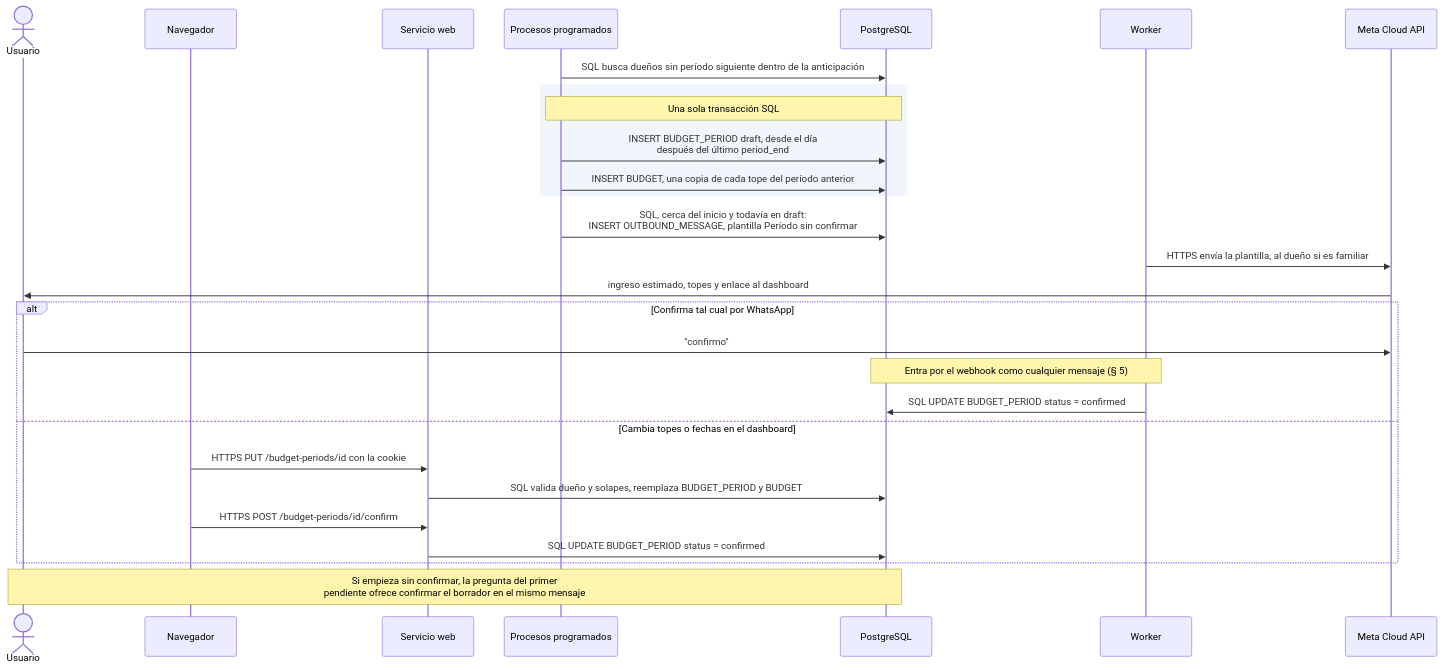
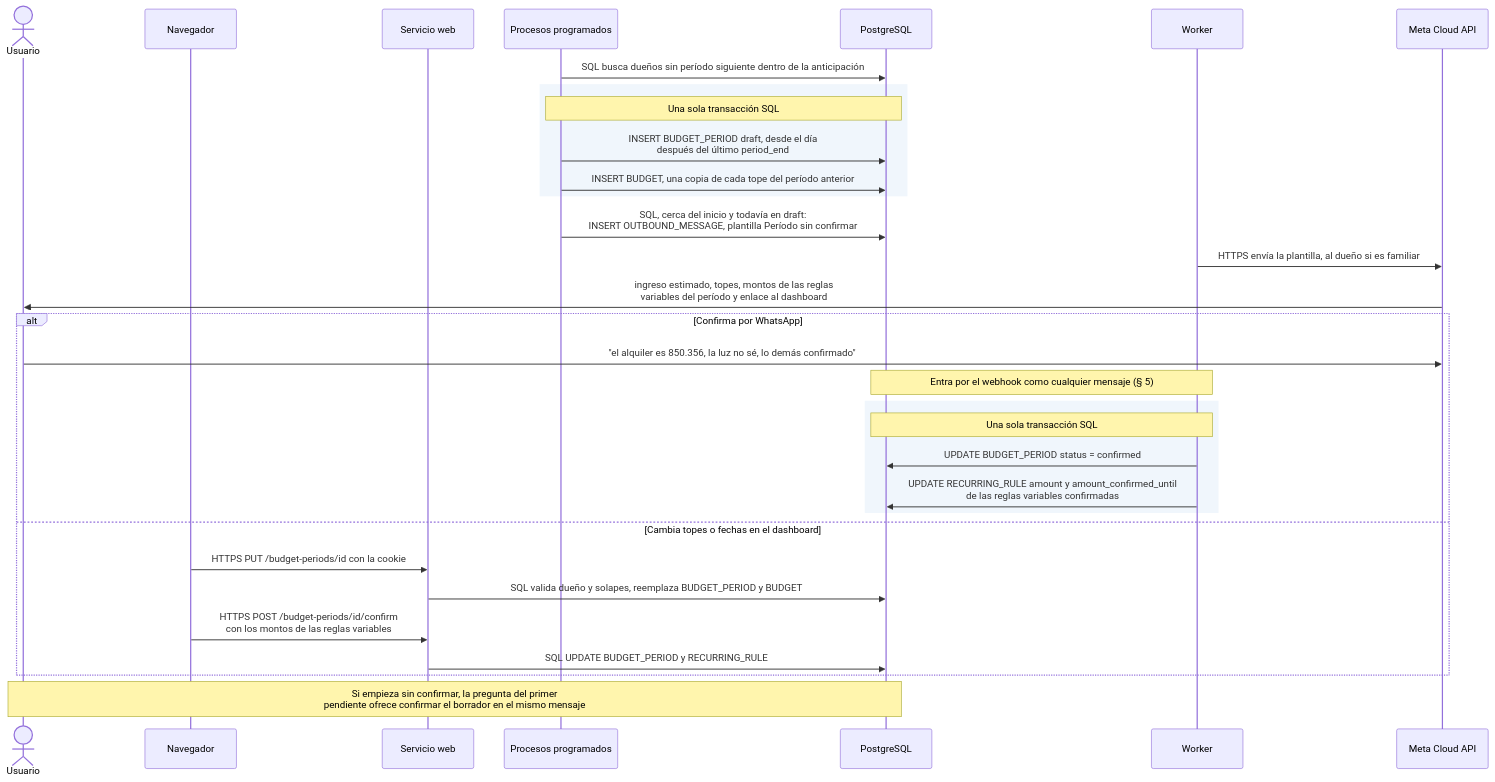
Before and after one commit to verozacarias-prog/AI4Devs-finalproject: the third of 9 diagrams in docs/recorrido-completo.md, drawn with Mermaid. The commit also changed other lines of this file and 7 other files, not shown here.

````diff
--- a/docs/recorrido-completo.md
+++ b/docs/recorrido-completo.md
@@ -135,31 +135,35 @@
 ```mermaid
 sequenceDiagram
     actor U as Usuario
     participant N as Navegador
     participant API as Servicio web
     participant S as Procesos programados
     participant DB as PostgreSQL
     participant W as Worker
     participant M as Meta Cloud API
 
     S->>DB: SQL busca dueños sin período siguiente dentro de la anticipación
     rect rgb(240, 246, 252)
         Note over S,DB: Una sola transacción SQL
         S->>DB: INSERT BUDGET_PERIOD draft, desde el día<br/>después del último period_end
         S->>DB: INSERT BUDGET, una copia de cada tope del período anterior
     end
     S->>DB: SQL, cerca del inicio y todavía en draft:<br/>INSERT OUTBOUND_MESSAGE, plantilla Período sin confirmar
     W->>M: HTTPS envía la plantilla, al dueño si es familiar
-    M->>U: ingreso estimado, topes y enlace al dashboard
-    alt Confirma tal cual por WhatsApp
-        U->>M: "confirmo"
+    M->>U: ingreso estimado, topes, montos de las reglas<br/>variables del período y enlace al dashboard
+    alt Confirma por WhatsApp
+        U->>M: "el alquiler es 850.356, la luz no sé, lo demás confirmado"
         Note over W,DB: Entra por el webhook como cualquier mensaje (§ 5)
-        W->>DB: SQL UPDATE BUDGET_PERIOD status = confirmed
+        rect rgb(240, 246, 252)
+            Note over W,DB: Una sola transacción SQL
+            W->>DB: UPDATE BUDGET_PERIOD status = confirmed
+            W->>DB: UPDATE RECURRING_RULE amount y amount_confirmed_until<br/>de las reglas variables confirmadas
+        end
     else Cambia topes o fechas en el dashboard
         N->>API: HTTPS PUT /budget-periods/id con la cookie
         API->>DB: SQL valida dueño y solapes, reemplaza BUDGET_PERIOD y BUDGET
-        N->>API: HTTPS POST /budget-periods/id/confirm
-        API->>DB: SQL UPDATE BUDGET_PERIOD status = confirmed
+        N->>API: HTTPS POST /budget-periods/id/confirm<br/>con los montos de las reglas variables
+        API->>DB: SQL UPDATE BUDGET_PERIOD y RECURRING_RULE
     end
     Note over U,DB: Si empieza sin confirmar, la pregunta del primer<br/>pendiente ofrece confirmar el borrador en el mismo mensaje
 ```
````
